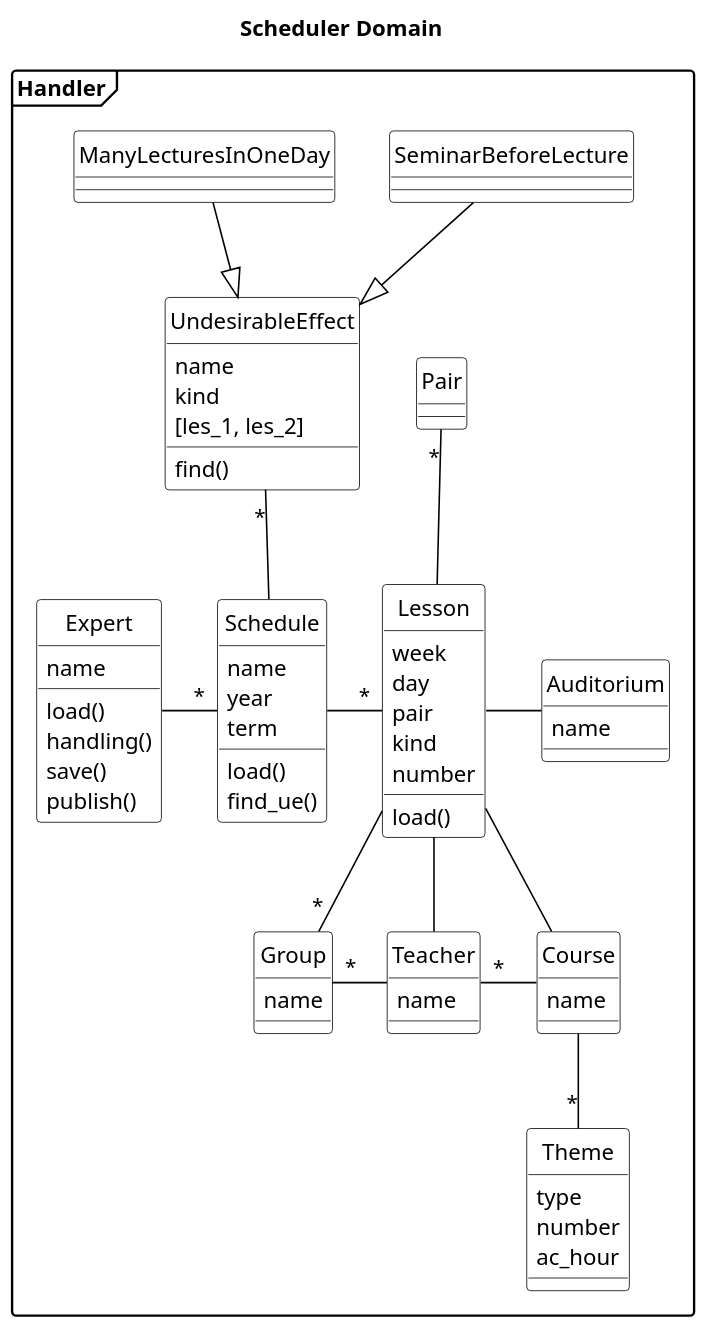
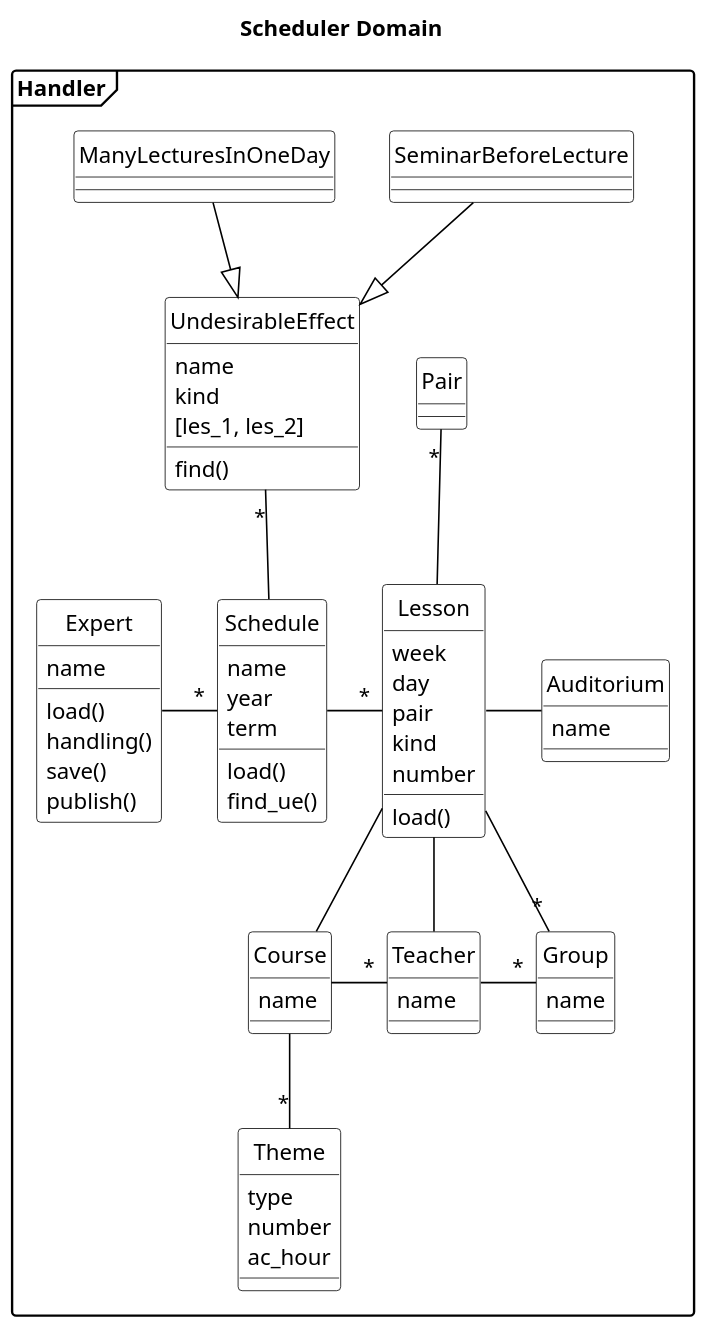
One commit to AlexFatkin/UniversityScheduleController changed the diagram in UML/Scheduler_classes_14.puml. Above: the diagram before and after it, drawn with PlantUML. The commit also changed 2 other files, not shown here.

Commit message:
New files: UML/Проект Расписание  Вариант 8.pptx UML/Scheduler_classes_14.puml

```diff
--- a/UML/Scheduler_classes_14.puml
+++ b/UML/Scheduler_classes_14.puml
@@ -2,106 +2,106 @@
 @startuml
 title Scheduler Domain
 skinparam class {
 BackgroundColor White
 ArrowColor Black
 BorderColor Black
 }
 skinparam object {
 BackgroundColor White
 ArrowColor Black
 BorderColor Black
 }
 hide circle
 'hide members
 scale 1.3
 skinparam DefaultTextAlignment left
 skinparam shadowing false
 'skinparam monochrome true
 skinparam packageStyle frame
 
 package Handler {
 
 class UndesirableEffect{
 name
 kind
 [les_1, les_2]
 find()
 }
 class SeminarBeforeLecture{
 }
 class ManyLecturesInOneDay{
 }
 class Expert{
 name
 load()
 handling()
 save()
 publish()
 }
 class Schedule{
 name
 year
 term
 load()
 find_ue()
 }
 class Lesson{
 week
 day
 pair
 kind
 number
 load()
 }
 class Teacher{
 name
 'e-mail
 }
 class Course{
 name
 'workload
 }
 class Pair {
 'id
 'begin
 'finish
 '}
 'class Student{
 'id
 'e-mail
 }
 class Group{
 name
 'students
 }
 'class Building {
 'name
 '}
 class Auditorium {
 name
 'address
 }
 class Theme{
 type
 number
 ac_hour
 }
 
 Expert -"*" Schedule
 Schedule -"*" Lesson
 UndesirableEffect "*"--Schedule
 Lesson  --"*"  Group
 SeminarBeforeLecture --|> UndesirableEffect
 Lesson --Teacher
 ManyLecturesInOneDay --|> UndesirableEffect
 Lesson --  Course
-Group "*"- Teacher
+Teacher -"*" Group
 Pair "*"-- Lesson
 Course --"*" Theme
 Lesson - Auditorium
-Teacher "*"- Course
+Course -"*" Teacher
 'Building -- Auditorium
 'Building "2"-"1" Transfer
 'Group -"*" Student
 'Lesson --Transfer
 @enduml
```
